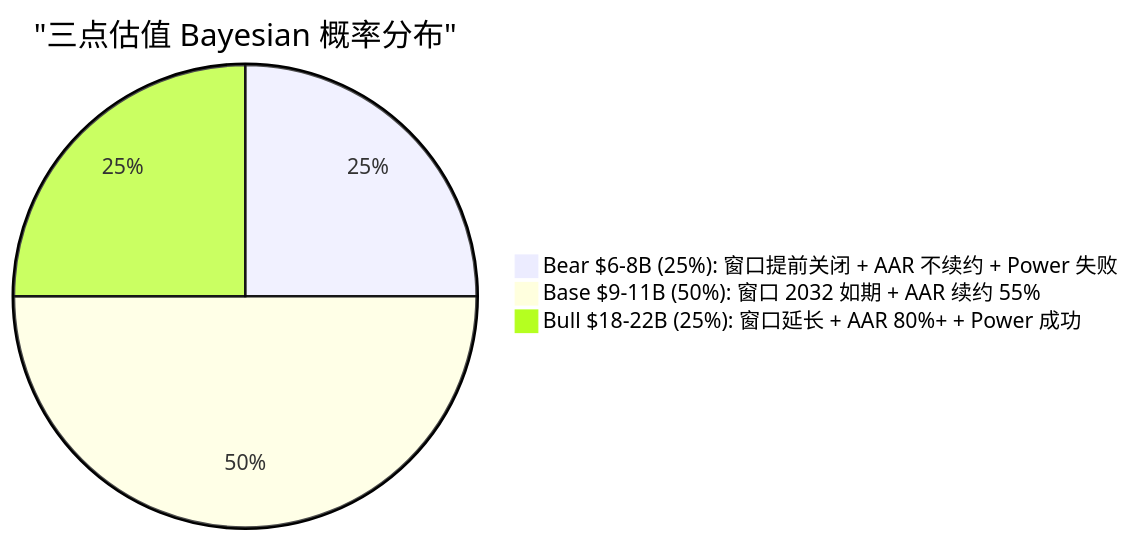
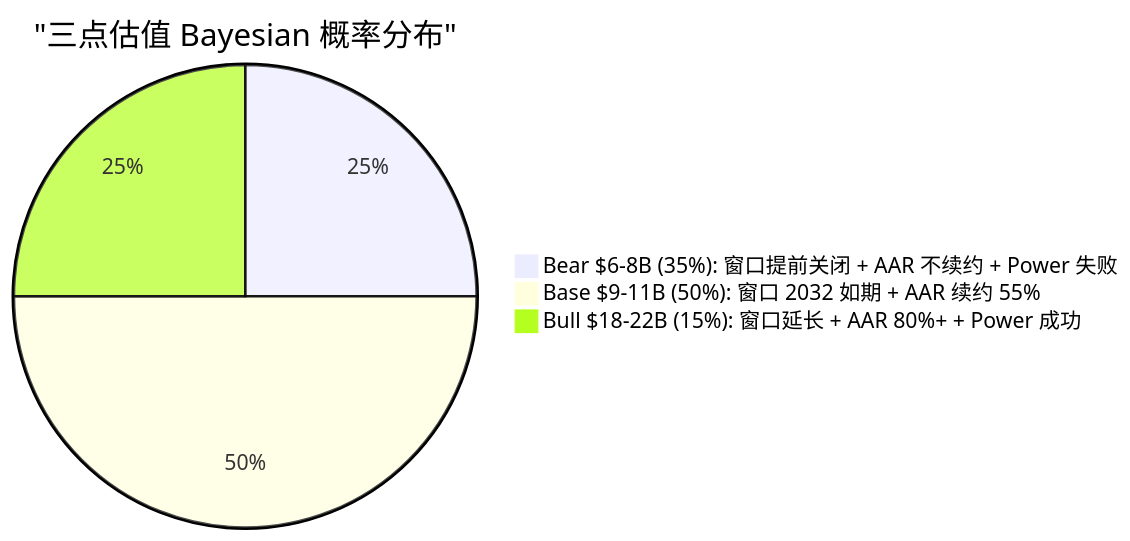
Before and after one commit to miltonnewyork25-afk/investment-master: the ninth of 21 diagrams in reports/FTAI/FTAI_complete_v2.md, drawn with Mermaid. The commit also changed other lines of this file, not shown here.

````diff
--- a/reports/FTAI/FTAI_complete_v2.md
+++ b/reports/FTAI/FTAI_complete_v2.md
@@ -3955,6 +3970,6 @@
 ```mermaid
 pie title "三点估值 Bayesian 概率分布"
-    "Bear $6-8B (25%): 窗口提前关闭 + AAR 不续约 + Power 失败" : 25
+    "Bear $6-8B (35%): 窗口提前关闭 + AAR 不续约 + Power 失败" : 25
     "Base $9-11B (50%): 窗口 2032 如期 + AAR 续约 55%" : 50
-    "Bull $18-22B (25%): 窗口延长 + AAR 80%+ + Power 成功" : 25
+    "Bull $18-22B (15%): 窗口延长 + AAR 80%+ + Power 成功" : 25
 ```
````
